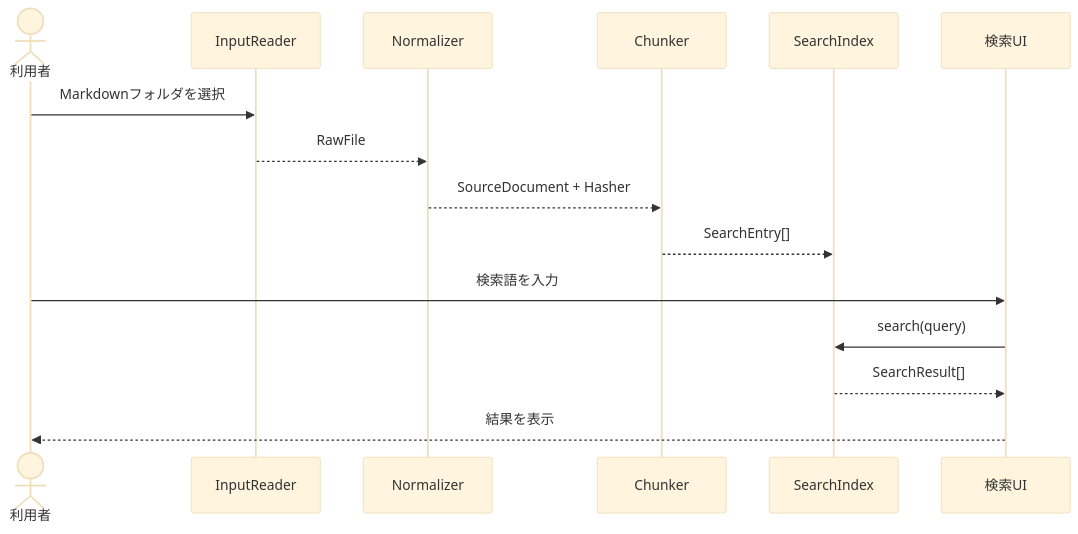
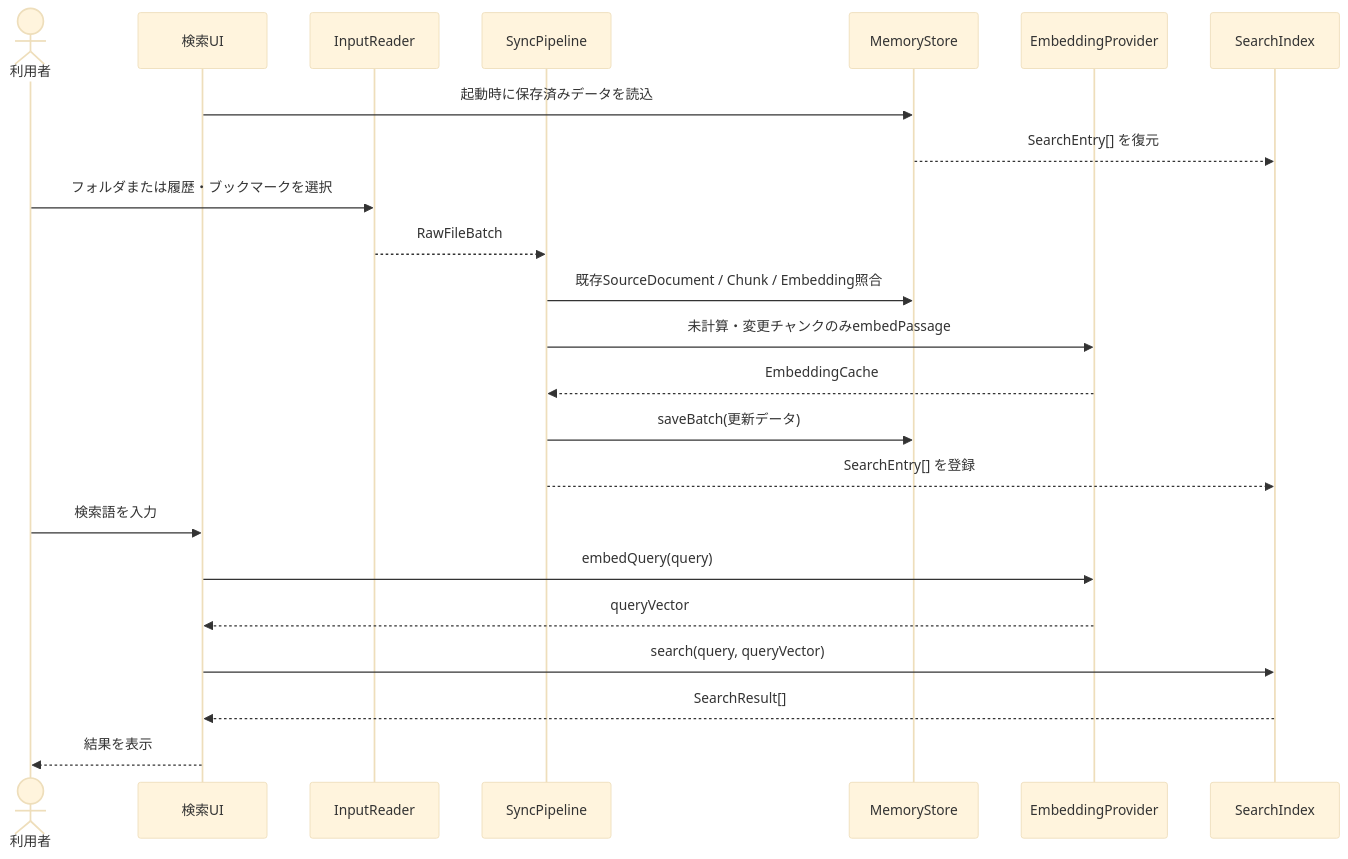
The diagram in docs/design/APP-DD-001_Local-Semantic-Memory.md (xzyozi/Mnemo_Local), drawn with Mermaid (base theme) before and after one commit. The commit also changed other lines of this file, not shown here.

Commit message:
[docs] Local Semantic Memory 詳細設計書（APP-DD-001）をPhase 2仕様へ更新

````diff
--- a/docs/design/APP-DD-001_Local-Semantic-Memory.md
+++ b/docs/design/APP-DD-001_Local-Semantic-Memory.md
@@ -189,18 +172,26 @@
 ```mermaid
 sequenceDiagram
     actor User as 利用者
+    participant UI as 検索UI
     participant Reader as InputReader
-    participant Normalizer
-    participant Chunker
+    participant Sync as SyncPipeline
+    participant Store as MemoryStore
+    participant Embed as EmbeddingProvider
     participant Index as SearchIndex
-    participant UI as 検索UI
 
-    User->>Reader: Markdownフォルダを選択
-    Reader-->>Normalizer: RawFile
-    Normalizer-->>Chunker: SourceDocument + Hasher
-    Chunker-->>Index: SearchEntry[]
+    UI->>Store: 起動時に保存済みデータを読込
+    Store-->>Index: SearchEntry[] を復元
+    User->>Reader: フォルダまたは履歴・ブックマークを選択
+    Reader-->>Sync: RawFileBatch
+    Sync->>Store: 既存SourceDocument / Chunk / Embedding照合
+    Sync->>Embed: 未計算・変更チャンクのみembedPassage
+    Embed-->>Sync: EmbeddingCache
+    Sync->>Store: saveBatch(更新データ)
+    Sync-->>Index: SearchEntry[] を登録
     User->>UI: 検索語を入力
-    UI->>Index: search(query)
+    UI->>Embed: embedQuery(query)
+    Embed-->>UI: queryVector
+    UI->>Index: search(query, queryVector)
     Index-->>UI: SearchResult[]
     UI-->>User: 結果を表示
 ```
````
